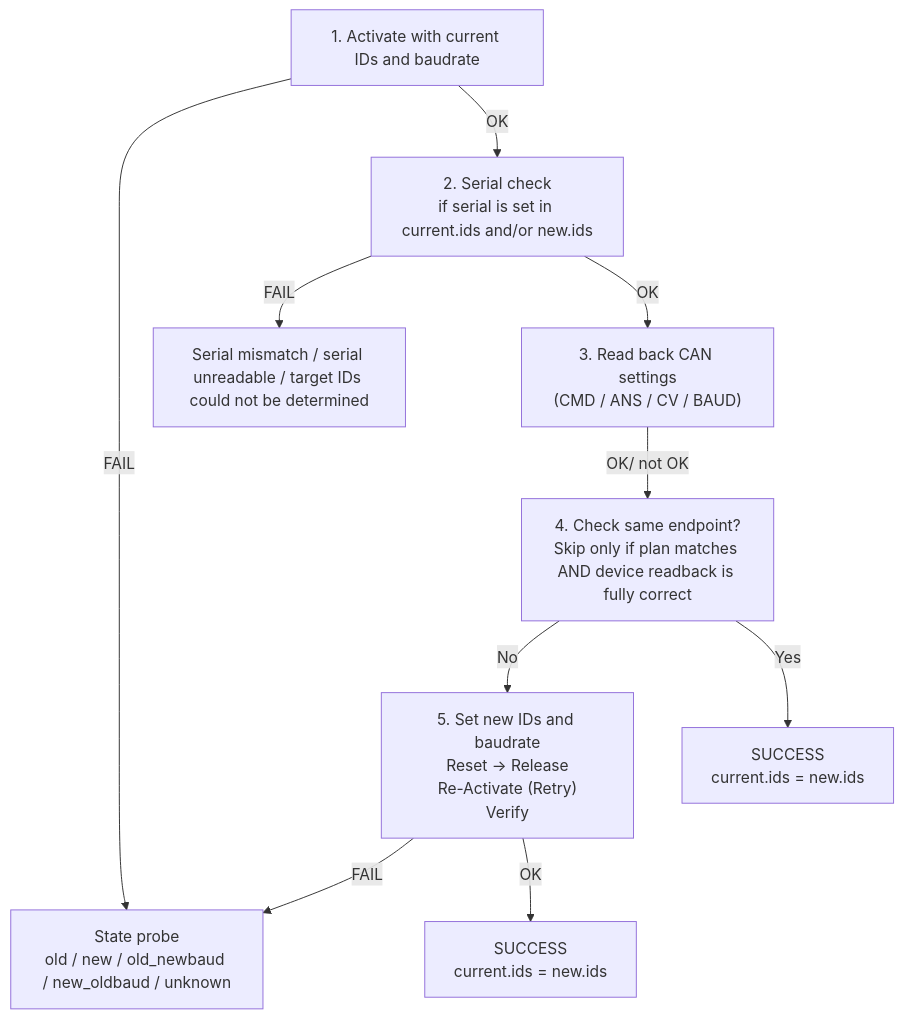
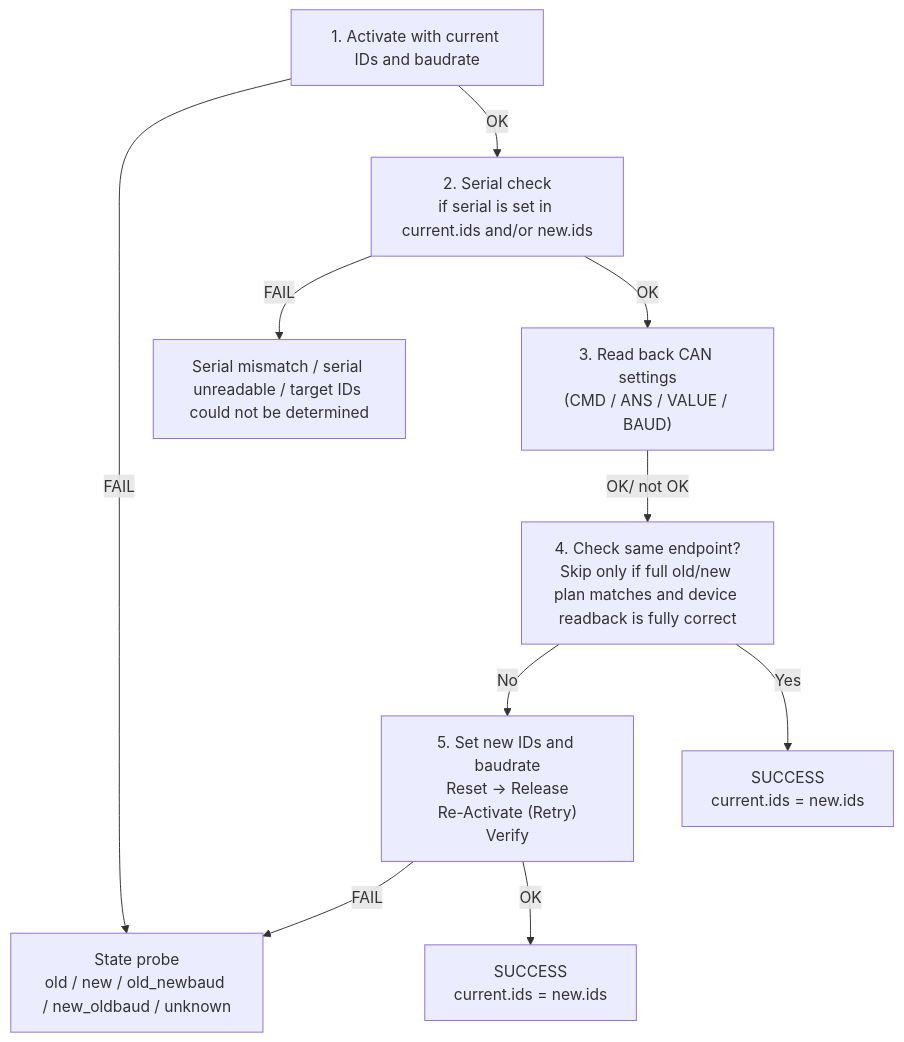
The first of 12 diagrams in README.md (me-systeme/StartupCAN), drawn with Mermaid before and after one commit. The commit also changed other lines of this file and 10 other files, not shown here.

````diff
--- a/README.md
+++ b/README.md
@@ -47,19 +47,19 @@
 ```mermaid
 flowchart TD
   B["1. Activate with current IDs and baudrate"]
 
   B -->|FAIL| P
   B -->|OK| C["2. Serial check<br/>if serial is set in current.ids and/or new.ids"]
 
   C -->|FAIL| F2["Serial mismatch / serial unreadable / target IDs could not be determined"]
-  C -->|OK| D["3. Read back CAN settings<br/>(CMD / ANS / CV / BAUD)"]
+  C -->|OK| D["3. Read back CAN settings<br/>(CMD / ANS / VALUE / BAUD)"]
 
-  D -->|OK/ not OK| E["4. Check same endpoint?<br/>Skip only if plan matches AND device readback is fully correct"]
+  D -->|OK/ not OK| E["4. Check same endpoint?<br/>Skip only if full old/new plan matches and device readback is fully correct"]
   
   E -->|No| F["5. Set new IDs and baudrate<br/>Reset → Release<br/>Re-Activate (Retry)<br/>Verify"]
   E -->|Yes| F3["SUCCESS<br/>current.ids = new.ids"]
   
   F -->|FAIL| P["State probe<br/>old / new / old_newbaud / new_oldbaud / unknown"]
   F -->|OK| S["SUCCESS<br/>current.ids = new.ids"]
 
 ``` 
````
